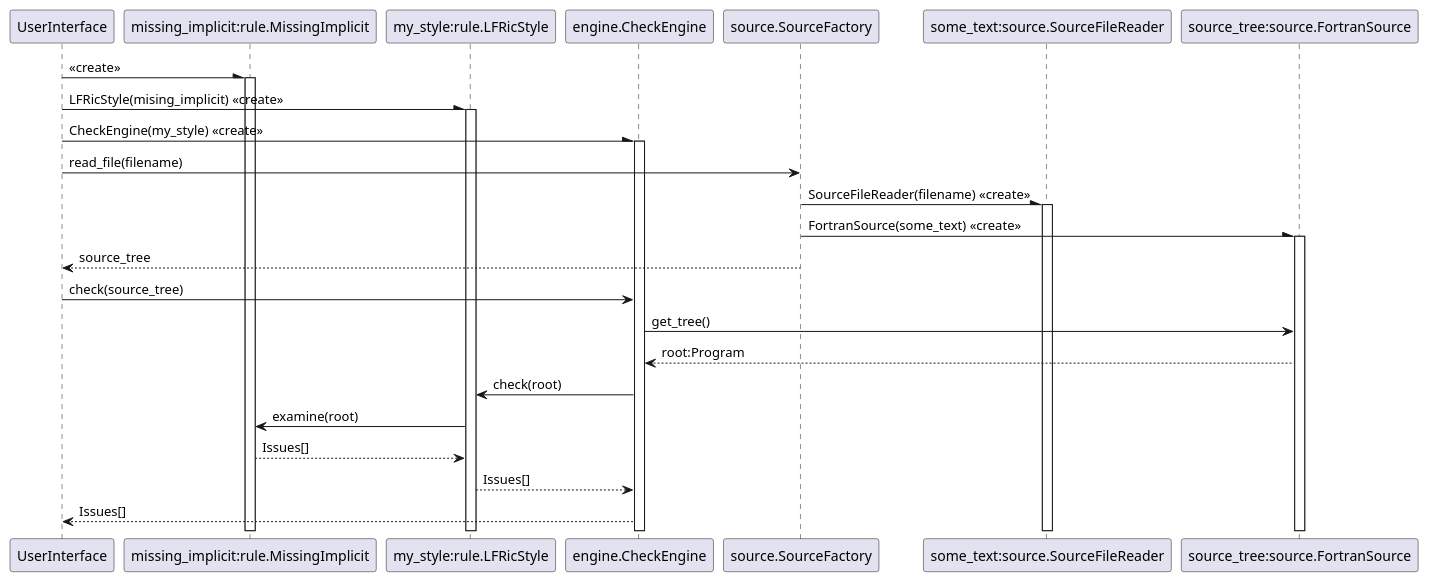
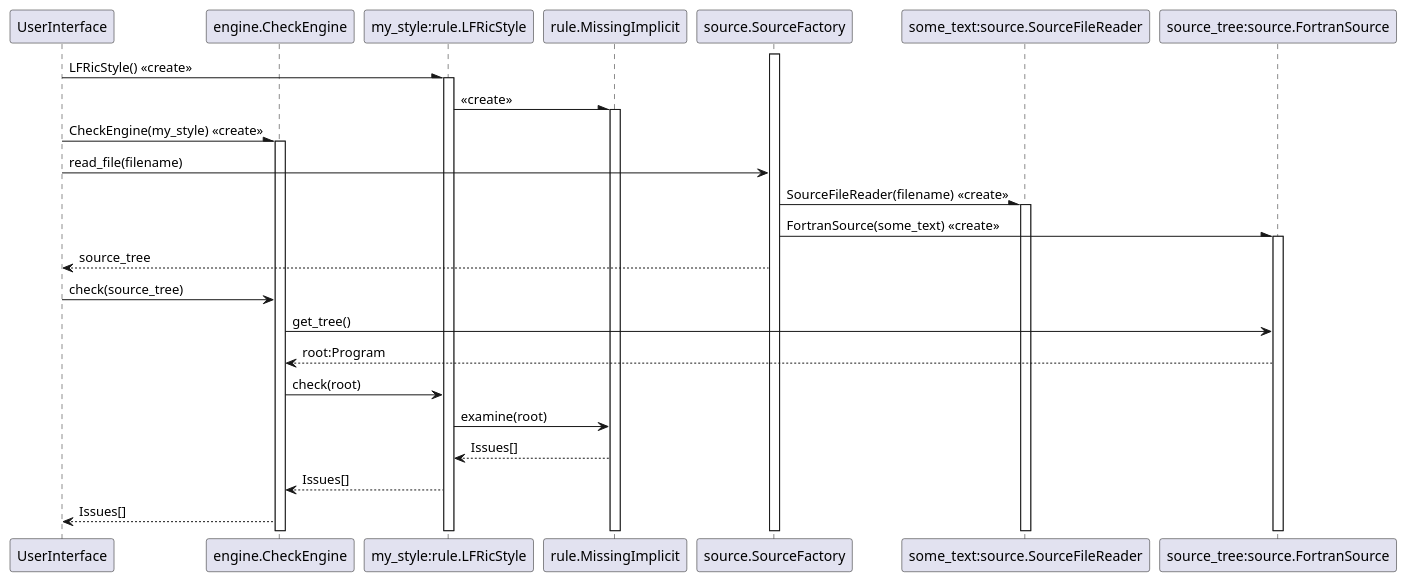
One commit to MetOffice/stylist changed the diagram in documentation/source/developer-information/uml/sequence_diagram.puml. Above: the diagram before and after it, drawn with PlantUML. The commit also changed 4 other files, not shown here.

```diff
--- a/documentation/source/developer-information/uml/sequence_diagram.puml
+++ b/documentation/source/developer-information/uml/sequence_diagram.puml
@@ -1,41 +1,43 @@
 @startuml Checker Sequence Diagram
 participant UserInterface
-participant "missing_implicit:rule.MissingImplicit" as MissingImplicit
+participant engine.CheckEngine as CheckEngine
 participant "my_style:rule.LFRicStyle" as LFRicStyle
-participant engine.CheckEngine as CheckEngine
-participant source.SourceFactory
+participant "rule.MissingImplicit" as MissingImplicit
+participant source.SourceFactory as SourceFactory
 participant "some_text:source.SourceFileReader" as SourceFileReader
 participant "source_tree:source.FortranSource" as FortranSource
 
-UserInterface -\ MissingImplicit : <<create>>
+activate SourceFactory
+
+UserInterface -\ LFRicStyle : LFRicStyle() <<create>>
+activate LFRicStyle
+
+LFRicStyle -\ MissingImplicit : <<create>>
 activate MissingImplicit
-
-UserInterface -\ LFRicStyle : LFRicStyle(mising_implicit) <<create>>
-activate LFRicStyle
 
 UserInterface -\ CheckEngine : CheckEngine(my_style) <<create>>
 activate CheckEngine
 
-UserInterface -> source.SourceFactory: read_file(filename)
+UserInterface -> SourceFactory: read_file(filename)
 
-source.SourceFactory -\ SourceFileReader: SourceFileReader(filename) <<create>>
+SourceFactory -\ SourceFileReader: SourceFileReader(filename) <<create>>
 activate SourceFileReader
 
-source.SourceFactory -\ FortranSource: FortranSource(some_text) <<create>>
+SourceFactory -\ FortranSource: FortranSource(some_text) <<create>>
 activate FortranSource
 
-source.SourceFactory --> UserInterface: source_tree
+SourceFactory --> UserInterface: source_tree
 
 UserInterface -> CheckEngine : check(source_tree)
 
 CheckEngine -> FortranSource : get_tree()
 FortranSource --> CheckEngine : root:Program
 
 CheckEngine -> LFRicStyle : check(root)
 LFRicStyle -> MissingImplicit : examine(root)
 MissingImplicit --> LFRicStyle : Issues[]
 LFRicStyle --> CheckEngine : Issues[]
 
 CheckEngine --> UserInterface : Issues[]
 
 @enduml
```
